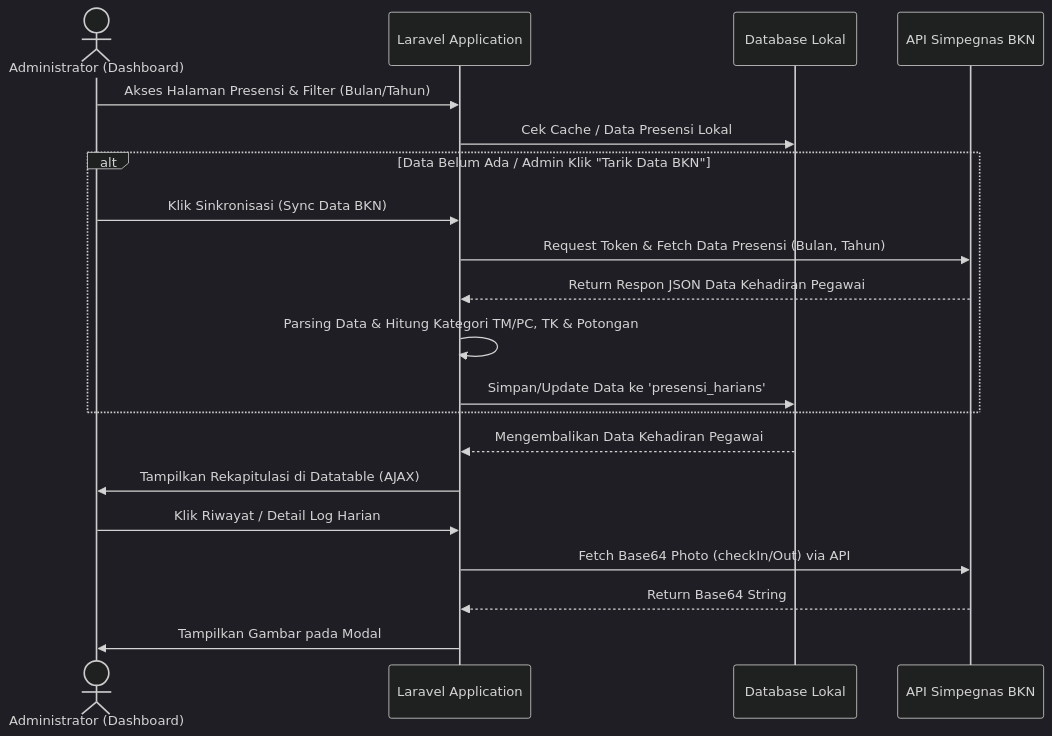
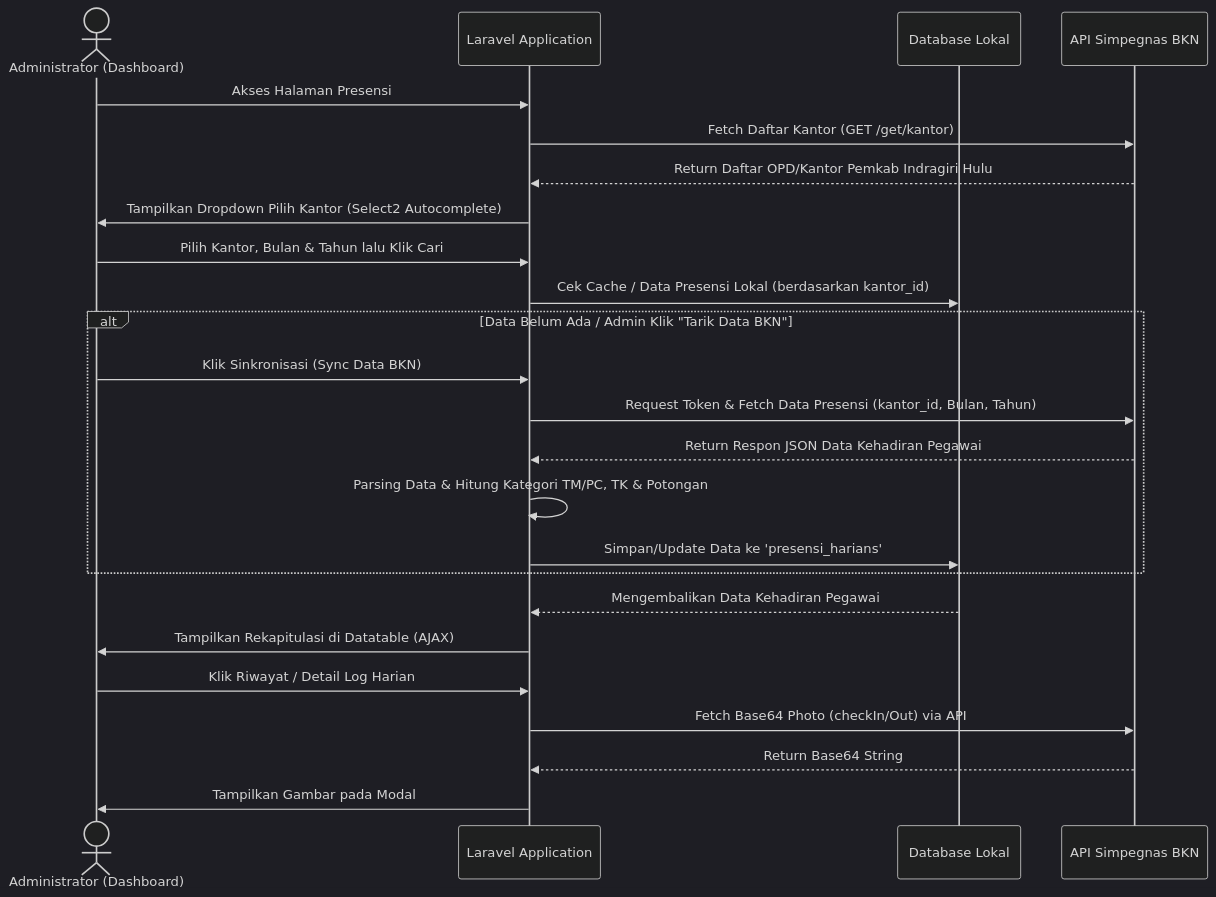
One commit to apriandewa/sakti changed the first of 2 diagrams in docs/PRD_Presensi_Pegawai.md. Above: the diagram before and after it, drawn with Mermaid (dark theme). The commit also changed other lines of this file and 101 other files, not shown here.

````diff
--- a/docs/PRD_Presensi_Pegawai.md
+++ b/docs/PRD_Presensi_Pegawai.md
@@ -250,25 +293,29 @@
 ```mermaid
 sequenceDiagram
     actor Admin as Administrator (Dashboard)
     participant App as Laravel Application
     participant DB as Database Lokal
     participant BKN as API Simpegnas BKN
 
-    Admin->>App: Akses Halaman Presensi & Filter (Bulan/Tahun)
-    App->>DB: Cek Cache / Data Presensi Lokal
+    Admin->>App: Akses Halaman Presensi
+    App->>BKN: Fetch Daftar Kantor (GET /get/kantor)
+    BKN-->>App: Return Daftar OPD/Kantor Pemkab Indragiri Hulu
+    App->>Admin: Tampilkan Dropdown Pilih Kantor (Select2 Autocomplete)
+    Admin->>App: Pilih Kantor, Bulan & Tahun lalu Klik Cari
+    App->>DB: Cek Cache / Data Presensi Lokal (berdasarkan kantor_id)
     alt Data Belum Ada / Admin Klik "Tarik Data BKN"
         Admin->>App: Klik Sinkronisasi (Sync Data BKN)
-        App->>BKN: Request Token & Fetch Data Presensi (Bulan, Tahun)
+        App->>BKN: Request Token & Fetch Data Presensi (kantor_id, Bulan, Tahun)
         BKN-->>App: Return Respon JSON Data Kehadiran Pegawai
         App->>App: Parsing Data & Hitung Kategori TM/PC, TK & Potongan
         App->>DB: Simpan/Update Data ke 'presensi_harians'
     end
     DB-->>App: Mengembalikan Data Kehadiran Pegawai
     App->>Admin: Tampilkan Rekapitulasi di Datatable (AJAX)
     
     %% Alur load gambar foto geolokasi
     Admin->>App: Klik Riwayat / Detail Log Harian
     App->>BKN: Fetch Base64 Photo (checkIn/Out) via API
     BKN-->>App: Return Base64 String
     App->>Admin: Tampilkan Gambar pada Modal
 ```
````
